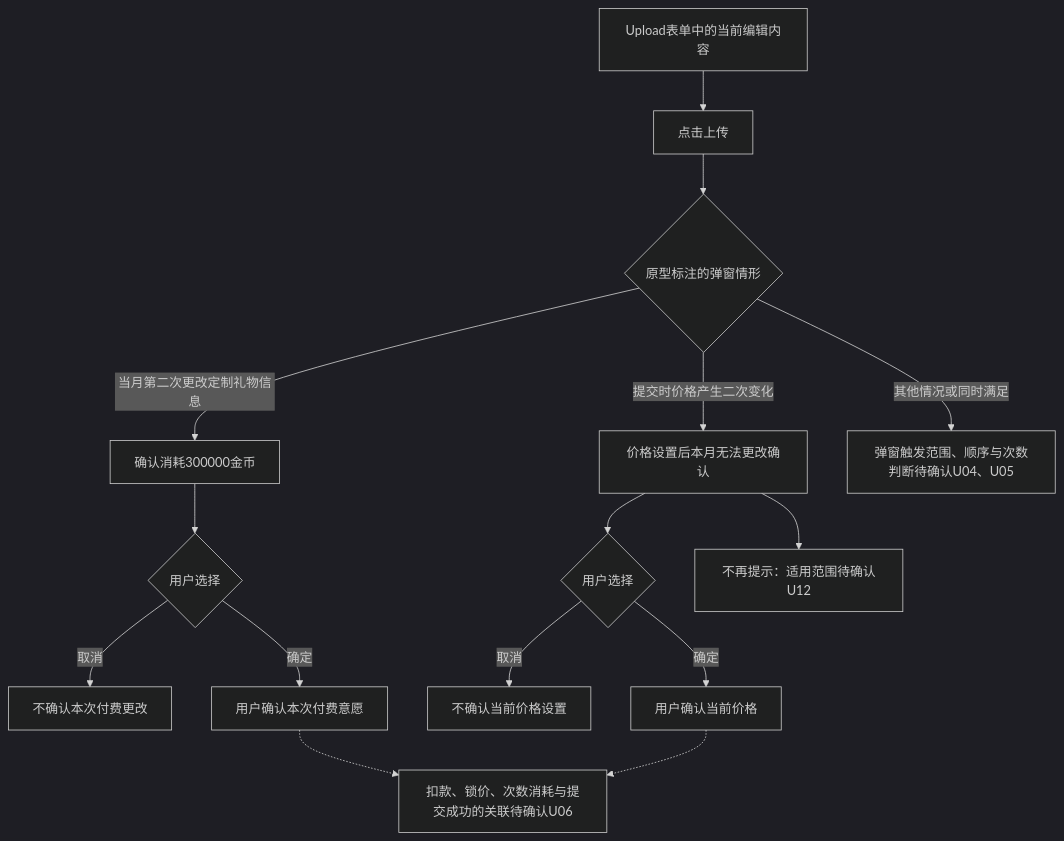
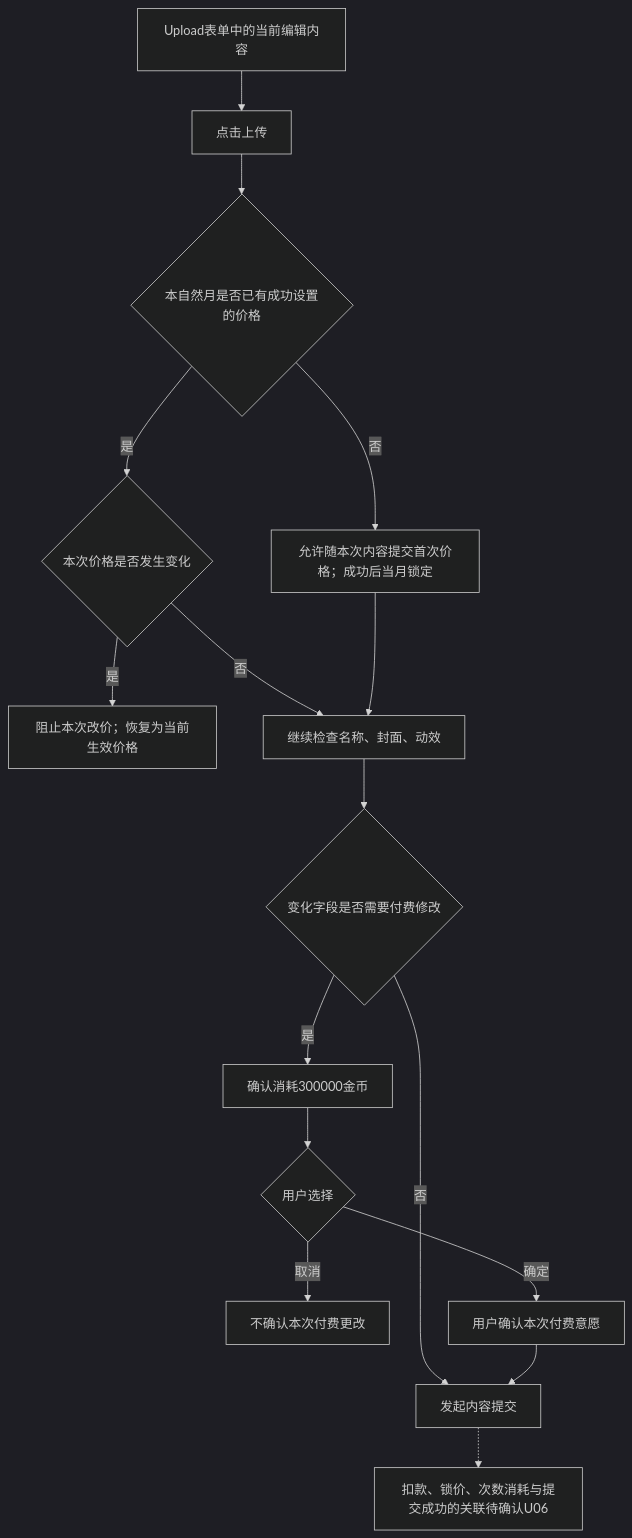
Before and after one commit to kocekid/TOPKHALIJ_2.1.40: the second of 3 diagrams in 定制礼物需求文档.md, drawn with Mermaid (dark theme). The commit also changed other lines of this file, not shown here.

````diff
--- a/定制礼物需求文档.md
+++ b/定制礼物需求文档.md
@@ -125,17 +124,18 @@
 ```mermaid
 flowchart TD
     A["Upload表单中的当前编辑内容"] --> B["点击上传"]
-    B --> C{"原型标注的弹窗情形"}
-    C -- "当月第二次更改定制礼物信息" --> D["确认消耗300000金币"]
-    C -- "提交时价格产生二次变化" --> E["价格设置后本月无法更改确认"]
-    D --> F{"用户选择"}
-    E --> G{"用户选择"}
-    E --> H["不再提示：适用范围待确认U12"]
-    F -- "取消" --> I["不确认本次付费更改"]
-    G -- "取消" --> J["不确认当前价格设置"]
-    F -- "确定" --> K["用户确认本次付费意愿"]
-    G -- "确定" --> L["用户确认当前价格"]
-    K -.-> M["扣款、锁价、次数消耗与提交成功的关联待确认U06"]
-    L -.-> M
-    C -- "其他情况或同时满足" --> N["弹窗触发范围、顺序与次数判断待确认U04、U05"]
+    B --> C{"本自然月是否已有成功设置的价格"}
+    C -- "否" --> D["允许随本次内容提交首次价格；成功后当月锁定"]
+    C -- "是" --> E{"本次价格是否发生变化"}
+    E -- "是" --> F["阻止本次改价；恢复为当前生效价格"]
+    E -- "否" --> G["继续检查名称、封面、动效"]
+    D --> G
+    G --> H{"变化字段是否需要付费修改"}
+    H -- "是" --> I["确认消耗300000金币"]
+    H -- "否" --> M["发起内容提交"]
+    I --> J{"用户选择"}
+    J -- "取消" --> K["不确认本次付费更改"]
+    J -- "确定" --> L["用户确认本次付费意愿"]
+    L --> M
+    M -.-> N["扣款、锁价、次数消耗与提交成功的关联待确认U06"]
 ```
````
